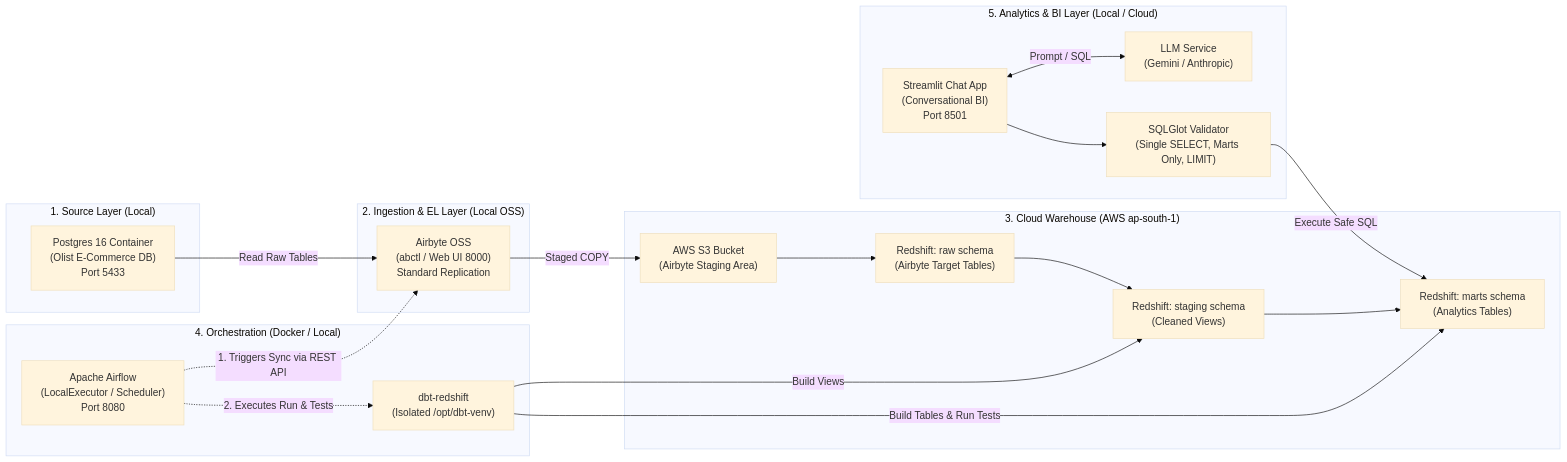
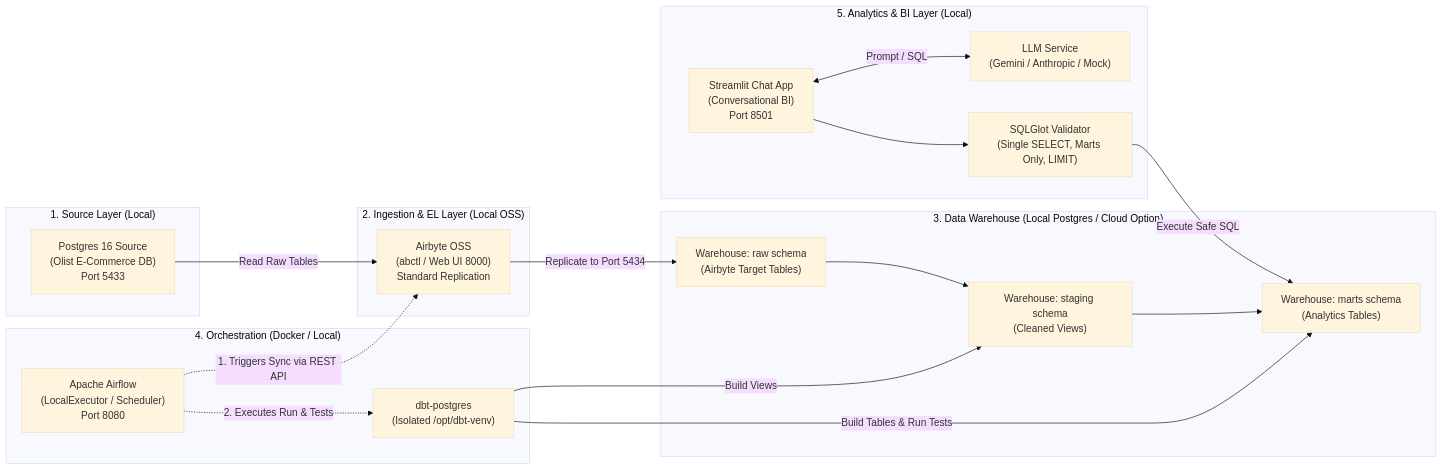
One commit to nikhil645-hit/NexusBI changed the diagram in docs/architecture.md. Above: the diagram before and after it, drawn with Mermaid (base theme). The commit also changed other lines of this file and 21 other files, not shown here.

Commit message:
feat(local-warehouse): migrate pipeline to local PostgreSQL 16 warehouse (port 5434) with zero cloud dependencies

````diff
--- a/docs/architecture.md
+++ b/docs/architecture.md
@@ -7,44 +7,42 @@
 ```mermaid
 flowchart LR
     subgraph S1["1. Source Layer (Local)"]
-        PG["Postgres 16 Container<br/>(Olist E-Commerce DB)<br/>Port 5433"]
+        PG["Postgres 16 Source<br/>(Olist E-Commerce DB)<br/>Port 5433"]
     end
 
     subgraph S2["2. Ingestion & EL Layer (Local OSS)"]
         AB["Airbyte OSS<br/>(abctl / Web UI 8000)<br/>Standard Replication"]
     end
 
-    subgraph S3["3. Cloud Warehouse (AWS ap-south-1)"]
-        S3Bucket["AWS S3 Bucket<br/>(Airbyte Staging Area)"]
-        RS_RAW["Redshift: raw schema<br/>(Airbyte Target Tables)"]
-        RS_STG["Redshift: staging schema<br/>(Cleaned Views)"]
-        RS_MARTS["Redshift: marts schema<br/>(Analytics Tables)"]
+    subgraph S3["3. Data Warehouse (Local Postgres / Cloud Option)"]
+        WH_RAW["Warehouse: raw schema<br/>(Airbyte Target Tables)"]
+        WH_STG["Warehouse: staging schema<br/>(Cleaned Views)"]
+        WH_MARTS["Warehouse: marts schema<br/>(Analytics Tables)"]
         
-        S3Bucket --> RS_RAW
-        RS_RAW --> RS_STG
-        RS_STG --> RS_MARTS
+        WH_RAW --> WH_STG
+        WH_STG --> WH_MARTS
     end
 
     subgraph S4["4. Orchestration (Docker / Local)"]
         AF["Apache Airflow<br/>(LocalExecutor / Scheduler)<br/>Port 8080"]
-        DBT["dbt-redshift<br/>(Isolated /opt/dbt-venv)"]
+        DBT["dbt-postgres<br/>(Isolated /opt/dbt-venv)"]
         
         AF -.->|"1. Triggers Sync via REST API"| AB
         AF -.->|"2. Executes Run & Tests"| DBT
     end
 
-    subgraph S5["5. Analytics & BI Layer (Local / Cloud)"]
+    subgraph S5["5. Analytics & BI Layer (Local)"]
         ST["Streamlit Chat App<br/>(Conversational BI)<br/>Port 8501"]
-        LLM["LLM Service<br/>(Gemini / Anthropic)"]
+        LLM["LLM Service<br/>(Gemini / Anthropic / Mock)"]
         VAL["SQLGlot Validator<br/>(Single SELECT, Marts Only, LIMIT)"]
         
         ST <-->|"Prompt / SQL"| LLM
         ST --> VAL
-        VAL -->|"Execute Safe SQL"| RS_MARTS
+        VAL -->|"Execute Safe SQL"| WH_MARTS
     end
 
     PG -->|"Read Raw Tables"| AB
-    AB -->|"Staged COPY"| S3Bucket
-    DBT -->|"Build Views"| RS_STG
-    DBT -->|"Build Tables & Run Tests"| RS_MARTS
+    AB -->|"Replicate to Port 5434"| WH_RAW
+    DBT -->|"Build Views"| WH_STG
+    DBT -->|"Build Tables & Run Tests"| WH_MARTS
 ```
````
